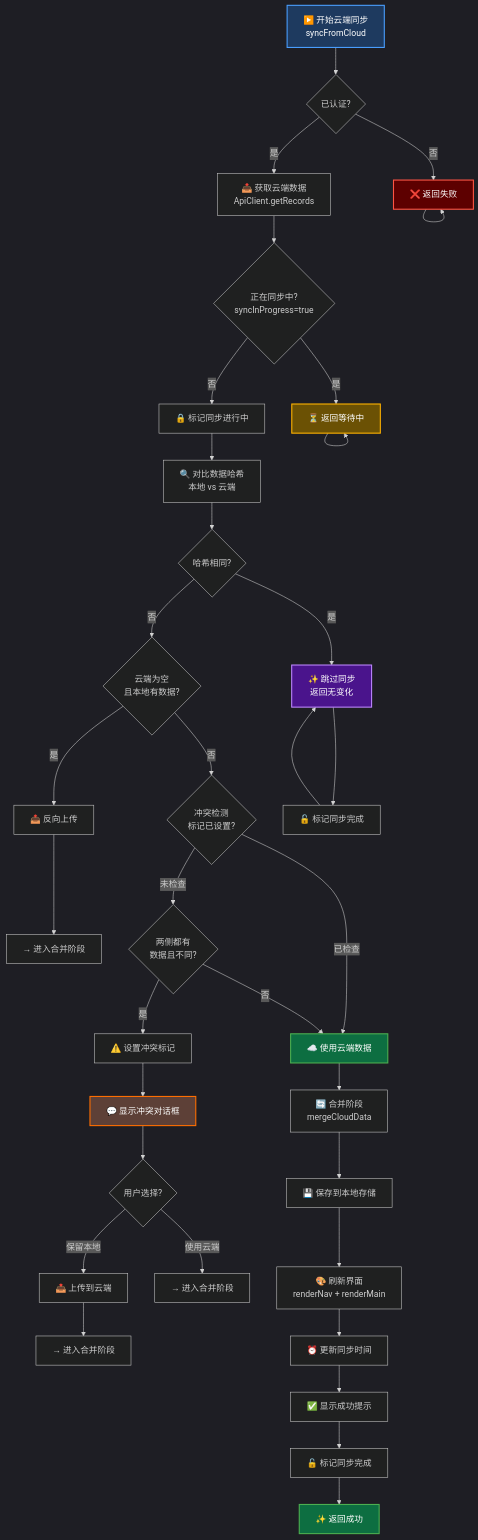
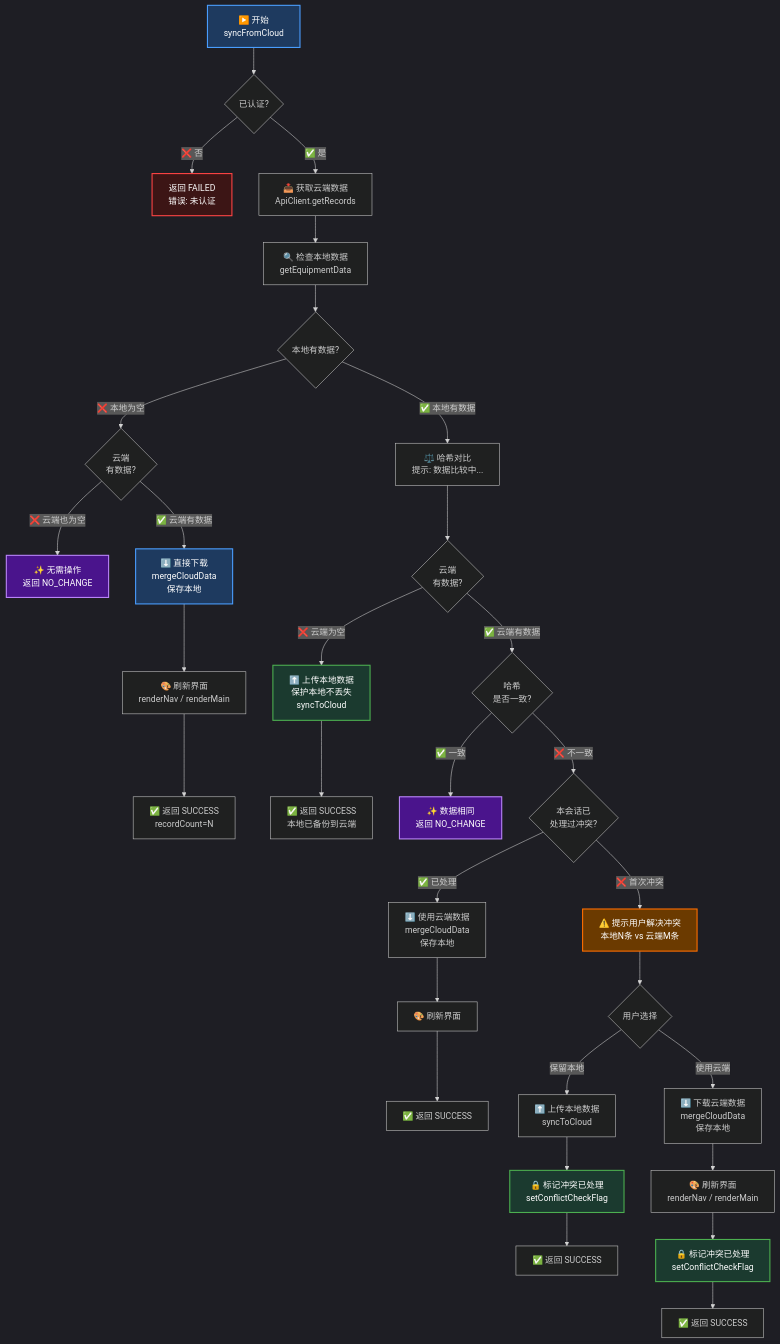
Before and after one commit to Fuck996/yanyu_tools: the second of 4 diagrams in doc/FLOWCHART_DIAGRAMS.md, drawn with Mermaid. The commit also changed other lines of this file, not shown here.

Commit message:
修正流程图：初始化流程、syncFromCloud决策树、冲突标记生命周期
🔧 纠正3个流程逻辑错误：

1. 初始化流程修正:
   - 未登录时直接返回，不再进入 DataSync.initialize
   - OAuth新登录 vs 恢复会话 有明确区分
   - 定时器/autoBackup 只在认证后才设置

2. syncFromCloud决策树重写:
   - 先检查本地是否有数据(不是先哈希比对)
   - 本地为空: 直接判断云端是否有数据 → 下载或结束
   - 本地有数据: 再检查云端
     + 云端为空 → 上传本地(保护)
     + 云端有数据 → 哈希比对
       * 一致 → 结束
       * 不一致 → 显示冲突解决对话框

3. 冲突标记生命周期修正:
   - 冲突标记应在syncFromCloud内冲突解决后设置
   - 不应在initialize开头提前清除
   - 添加关键流程注意点文档说明

````diff
--- a/doc/FLOWCHART_DIAGRAMS.md
+++ b/doc/FLOWCHART_DIAGRAMS.md
@@ -64,55 +74,52 @@
 ```mermaid
 %%{init: {'theme':'dark'}}%%
 graph TD
-    A["▶️ 开始云端同步<br/>syncFromCloud"] --> B{已认证?}
-    B -->|否| C["❌ 返回失败"]
-    B -->|是| D["📥 获取云端数据<br/>ApiClient.getRecords"]
-    
-    D --> E{正在同步中?<br/>syncInProgress=true}
-    E -->|是| F["⏳ 返回等待中"]
-    E -->|否| G["🔒 标记同步进行中"]
-    
-    G --> H["🔍 对比数据哈希<br/>本地 vs 云端"]
-    H --> I{哈希相同?}
-    
-    I -->|是| J["✨ 跳过同步<br/>返回无变化"]
-    
-    I -->|否| K{云端为空<br/>且本地有数据?}
-    K -->|是| K1["📤 反向上传"] 
-    K1 --> K2["→ 进入合并阶段"]
-    
-    K -->|否| L{冲突检测<br/>标记已设置?}
-    L -->|已检查| M["☁️ 使用云端数据"]
-    
-    L -->|未检查| N{两侧都有<br/>数据且不同?}
-    N -->|是| N1["⚠️ 设置冲突标记"]
-    N1 --> N2["💬 显示冲突对话框"]
-    N2 --> N3{用户选择?}
-    
-    N3 -->|保留本地| N4["📤 上传到云端"]
-    N4 --> N5["→ 进入合并阶段"]
-    
-    N3 -->|使用云端| N6["→ 进入合并阶段"]
-    N -->|否| M
-    
-    M --> O["🔄 合并阶段<br/>mergeCloudData"]
-    O --> P["💾 保存到本地存储"]
-    P --> Q["🎨 刷新界面<br/>renderNav + renderMain"]
-    Q --> R["⏰ 更新同步时间"]
-    R --> S["✅ 显示成功提示"]
-    S --> T["🔓 标记同步完成"]
-    T --> U["✨ 返回成功"]
-    
-    J --> V["🔓 标记同步完成"]
-    V --> J
-    F --> F
-    C --> C
-    
+    A["▶️ 开始<br/>syncFromCloud"] --> B{已认证?}
+    B -->|"❌ 否"| FAIL["返回 FAILED<br/>错误: 未认证"]
+    B -->|"✅ 是"| C["📥 获取云端数据<br/>ApiClient.getRecords"]
+
+    C --> D["🔍 检查本地数据<br/>getEquipmentData"]
+    D --> E{本地有数据?}
+
+    E -->|"❌ 本地为空"| F{云端<br/>有数据?}
+    F -->|"❌ 云端也为空"| G["✨ 无需操作<br/>返回 NO_CHANGE"]
+    F -->|"✅ 云端有数据"| H["⬇️ 直接下载<br/>mergeCloudData<br/>保存本地"]
+    H --> H1["🎨 刷新界面<br/>renderNav / renderMain"]
+    H1 --> H2["✅ 返回 SUCCESS<br/>recordCount=N"]
+
+    E -->|"✅ 本地有数据"| I["⚖️ 哈希对比<br/>提示: 数据比较中..."]
+    I --> J{云端<br/>有数据?}
+
+    J -->|"❌ 云端为空"| K["⬆️ 上传本地数据<br/>保护本地不丢失<br/>syncToCloud"]
+    K --> K1["✅ 返回 SUCCESS<br/>本地已备份到云端"]
+
+    J -->|"✅ 云端有数据"| L{哈希<br/>是否一致?}
+    L -->|"✅ 一致"| M["✨ 数据相同<br/>返回 NO_CHANGE"]
+
+    L -->|"❌ 不一致"| N{本会话已<br/>处理过冲突?}
+    N -->|"✅ 已处理"| O["⬇️ 使用云端数据<br/>mergeCloudData<br/>保存本地"]
+    O --> O1["🎨 刷新界面"]
+    O1 --> O2["✅ 返回 SUCCESS"]
+
+    N -->|"❌ 首次冲突"| P["⚠️ 提示用户解决冲突<br/>本地N条 vs 云端M条"]
+    P --> Q{用户选择}
+
+    Q -->|"保留本地"| R["⬆️ 上传本地数据<br/>syncToCloud"]
+    R --> R1["🔒 标记冲突已处理<br/>setConflictCheckFlag"]
+    R1 --> R2["✅ 返回 SUCCESS"]
+
+    Q -->|"使用云端"| S["⬇️ 下载云端数据<br/>mergeCloudData<br/>保存本地"]
+    S --> S1["🎨 刷新界面<br/>renderNav / renderMain"]
+    S1 --> S2["🔒 标记冲突已处理<br/>setConflictCheckFlag"]
+    S2 --> S3["✅ 返回 SUCCESS"]
+
     style A fill:#1e3a5f,stroke:#4a9eff,stroke-width:2px,color:#fff
-    style U fill:#0d6e41,stroke:#4caf50,stroke-width:2px,color:#fff
-    style C fill:#5d0000,stroke:#ff5544,stroke-width:2px,color:#fff
-    style F fill:#6b5104,stroke:#ffb300,stroke-width:2px,color:#fff
-    style J fill:#4a148c,stroke:#bb86fc,stroke-width:2px,color:#fff
-    style M fill:#0d6e41,stroke:#4caf50,stroke-width:2px,color:#fff
-    style N2 fill:#5d4037,stroke:#ff6f00,stroke-width:2px,color:#fff
+    style FAIL fill:#3c1515,stroke:#ff4444,stroke-width:2px,color:#fff
+    style G fill:#4a148c,stroke:#bb86fc,stroke-width:2px,color:#fff
+    style M fill:#4a148c,stroke:#bb86fc,stroke-width:2px,color:#fff
+    style K fill:#1b3a2f,stroke:#4caf50,stroke-width:2px,color:#fff
+    style H fill:#1e3a5f,stroke:#4a9eff,stroke-width:2px,color:#fff
+    style P fill:#6b3a00,stroke:#ff6f00,stroke-width:2px,color:#fff
+    style R1 fill:#1b3a2f,stroke:#4caf50,stroke-width:2px,color:#fff
+    style S2 fill:#1b3a2f,stroke:#4caf50,stroke-width:2px,color:#fff
 ```
````
